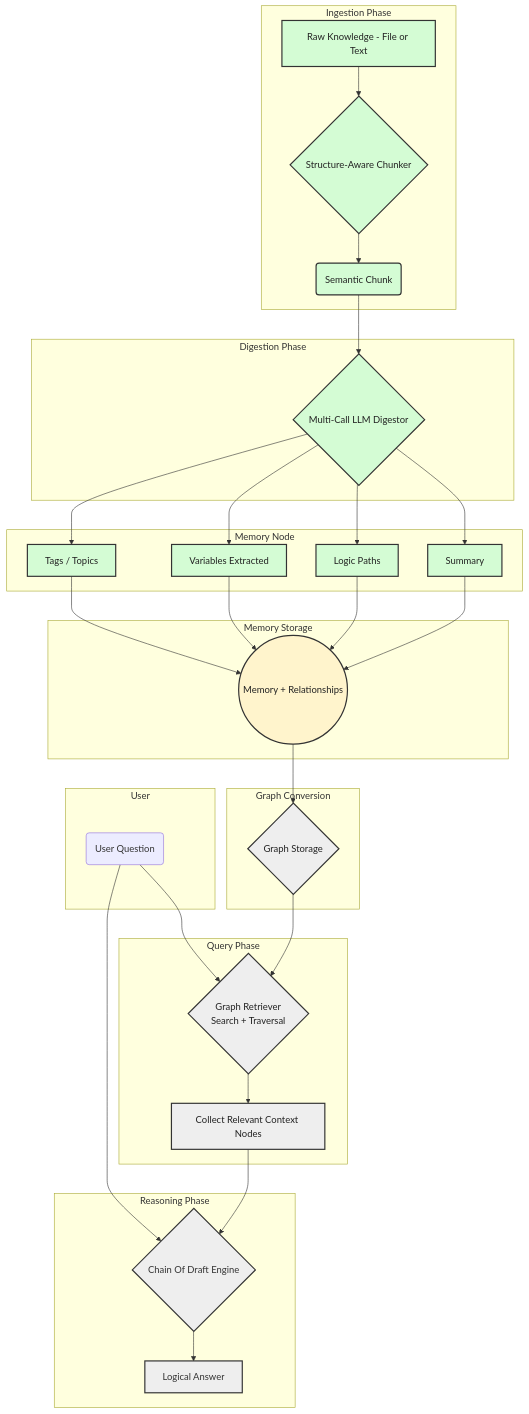
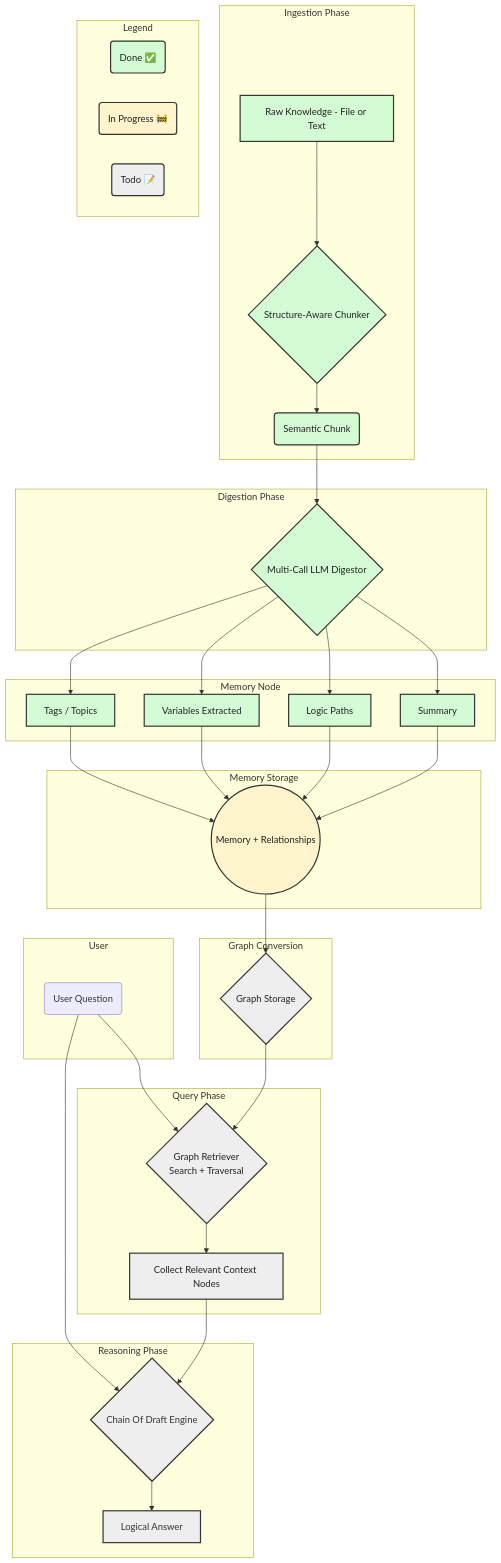
One commit to benschneider/llm-lucid-memory changed the diagram in README.md. Above: the diagram before and after it, drawn with Mermaid.

Commit message:
Adding legend...

````diff
--- a/README.md
+++ b/README.md
@@ -110,69 +110,79 @@
 ```mermaid
 flowchart TD
 
   %% Ingestion Phase (✅ Done)
   subgraph Ingestion Phase
     A[Raw Knowledge - File or Text] --> B{Structure-Aware Chunker}
     B --> C(Semantic Chunk)
     style A fill:#d4fcd4,stroke:#333,stroke-width:2px,color:#222222
     style B fill:#d4fcd4,stroke:#333,stroke-width:2px,color:#222222
     style C fill:#d4fcd4,stroke:#333,stroke-width:2px,color:#222222
   end
 
   %% Digestion Phase (✅ Done)
   subgraph Digestion Phase
     C --> D{Multi-Call LLM Digestor}
     style D fill:#d4fcd4,stroke:#333,stroke-width:2px,color:#222222
   end
 
   %% Memory Node Phase (✅ Done)
   subgraph Memory Node
     D --> M1[Summary]
     D --> M2[Logic Paths]
     D --> M3[Variables Extracted]
     D --> M4[Tags / Topics]
     style M1 fill:#d4fcd4,stroke:#333,stroke-width:2px,color:#222222
     style M2 fill:#d4fcd4,stroke:#333,stroke-width:2px,color:#222222
     style M3 fill:#d4fcd4,stroke:#333,stroke-width:2px,color:#222222
     style M4 fill:#d4fcd4,stroke:#333,stroke-width:2px,color:#222222
   end
 
   %% Memory Storage (🚧 In Progress)
   subgraph Memory Storage
     M1 --> G((Memory + Relationships))
     M2 --> G
     M3 --> G
     M4 --> G
     style G fill:#fff4cc,stroke:#333,stroke-width:2px,color:#222222
   end
 
   %% Convert into Graph storage (📝 Todo)
   subgraph Graph Conversion
     G --> G2{Graph Storage}
     style G2 fill:#eeeeee,stroke:#333,stroke-width:2px,color:#222222
   end
 
   %% User Node
   subgraph User
     H(User Question)
   end
 
   %% Query Phase (📝 Todo)
   subgraph Query Phase
     H --> I{Graph Retriever 
     Search + Traversal}
     G2 --> I
     I --> J[Collect Relevant Context Nodes]
     style I fill:#eeeeee,stroke:#333,stroke-width:2px,color:#222222
     style J fill:#eeeeee,stroke:#333,stroke-width:2px,color:#222222
   end
 
   %% Reasoning Phase (📝 Todo)
   subgraph Reasoning Phase
     J --> K{Chain Of Draft Engine}
     H --> K
     K --> L[Logical Answer]
     style K fill:#eeeeee,stroke:#333,stroke-width:2px
     style L fill:#eeeeee,stroke:#333,stroke-width:2px
   end
+
+%% Legend
+  subgraph Legend
+    Legend1(Done ✅):::done
+    Legend2(In Progress 🚧):::inprogress
+    Legend3(Todo 📝):::todo
+    classDef done fill:#d4fcd4,stroke:#333,stroke-width:2px,color:#222;
+    classDef inprogress fill:#fff4cc,stroke:#333,stroke-width:2px,color:#222;
+    classDef todo fill:#eeeeee,stroke:#333,stroke-width:2px,color:#222;
+  end
 ```
````
